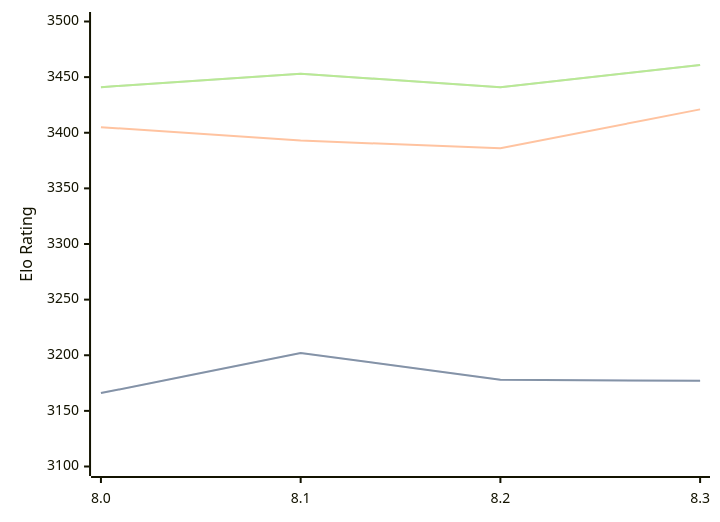
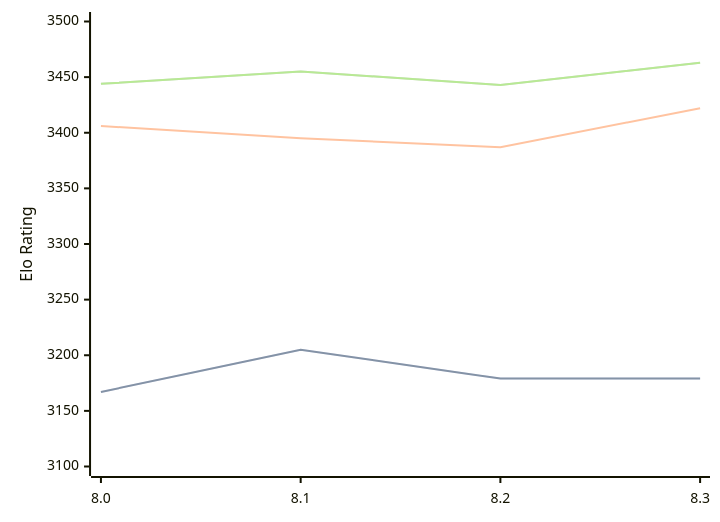
The diagram in engines/Alexander.md (computer-chess-index/cci), drawn with Mermaid before and after one commit. The commit also changed other lines of this file, not shown here.

Commit message:
Update CCI Ratings (ELO VLTC) - 2026-04-11

````diff
--- a/engines/Alexander.md
+++ b/engines/Alexander.md
@@ -48,11 +48,11 @@
 ```mermaid
 %%{init: {"theme":"base","themeVariables":{"seriesColors:['#a3a3a3','#222221','#faa371']}}}%%
 xychart-beta
   x-axis ["8.0", "8.1", "8.2", "8.3"]
   y-axis "Elo Rating" 3100 --> 3500
-  line "STC (8.0+0.08s)" [3166, 3202, 3178, 3177]
-  line "STC (8.0+0.08s)" [3166, 3202, 3178, 3177]
-  line "LTC (60.0+0.60s)" [3405, 3393, 3386, 3421]
-  line "VLTC (2m24s+1.12s)" [3441, 3453, 3441, 3461]
-  line "VLTC (2m24s+1.12s)" [3441, 3453, 3441, 3461]
+  line "STC (8.0+0.08s)" [3167, 3205, 3179, 3179]
+  line "STC (8.0+0.08s)" [3167, 3205, 3179, 3179]
+  line "LTC (60.0+0.60s)" [3406, 3395, 3387, 3422]
+  line "VLTC (2m24s+1.12s)" [3444, 3455, 3443, 3463]
+  line "VLTC (2m24s+1.12s)" [3444, 3455, 3443, 3463]
 ```
````
